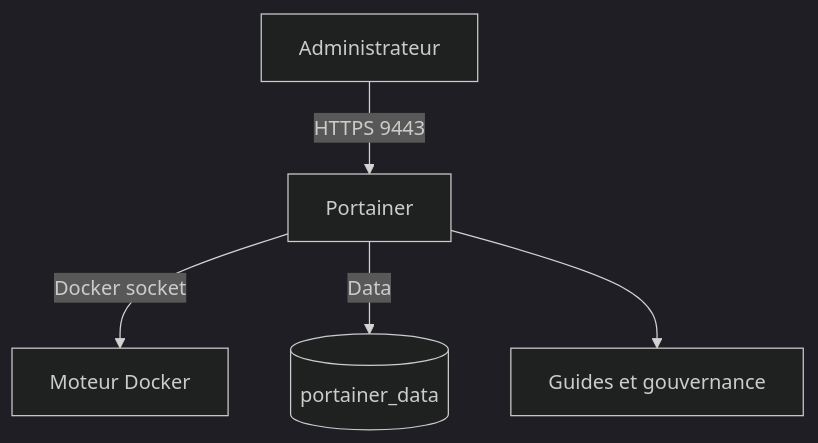
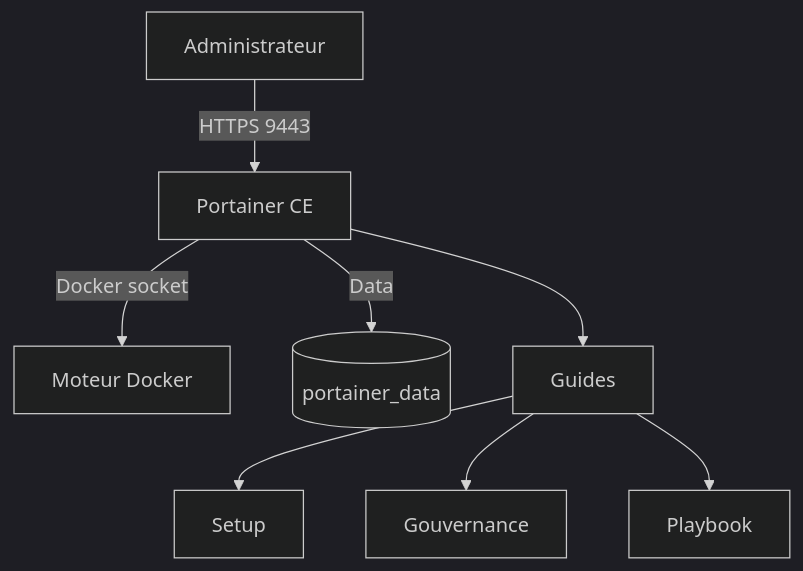
Before and after one commit to RobinThiriet/Portainer: the diagram in README.md, drawn with Mermaid (dark theme). The commit also changed other lines of this file, not shown here.

````diff
--- a/README.md
+++ b/README.md
@@ -125,7 +148,10 @@
 ```mermaid
 flowchart TD
-    U[Administrateur] -->|HTTPS 9443| P[Portainer]
-    P -->|Docker socket| D[Moteur Docker]
-    P -->|Data| V[(portainer_data)]
-    P --> G[Guides et gouvernance]
+    A[Administrateur] -->|HTTPS 9443| B[Portainer CE]
+    B -->|Docker socket| C[Moteur Docker]
+    B -->|Data| D[(portainer_data)]
+    B --> E[Guides]
+    E --> F[Setup]
+    E --> G[Gouvernance]
+    E --> H[Playbook]
 ```
````
